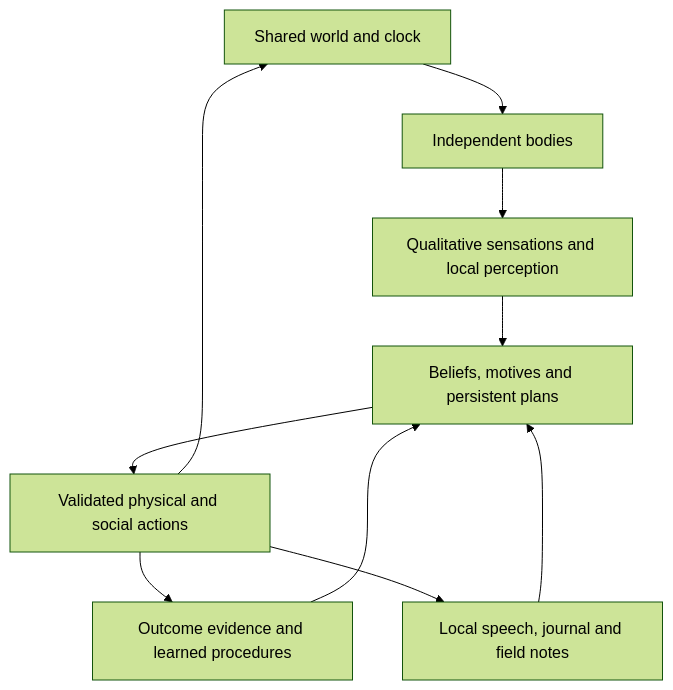
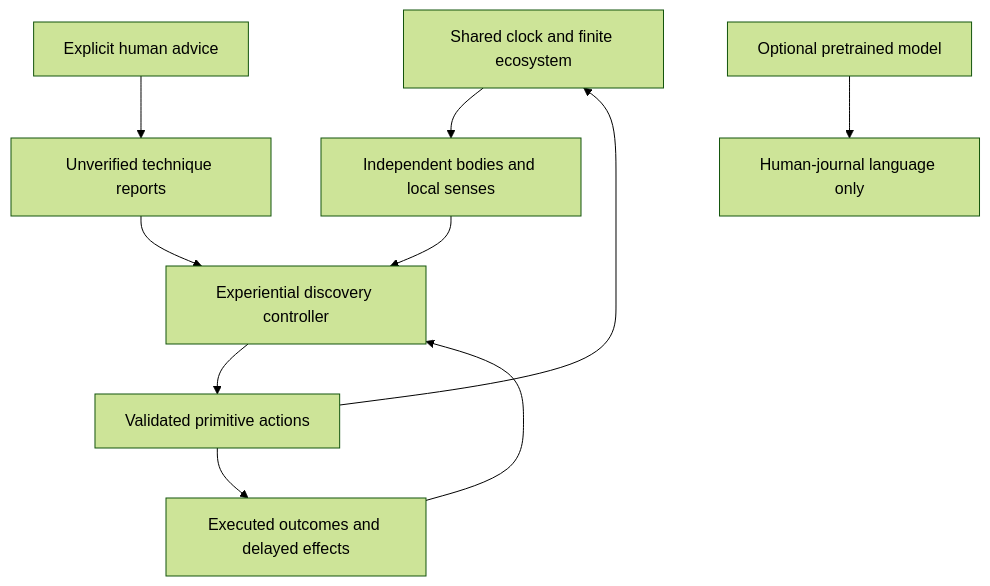
One commit to kumori-i/aincrad changed the diagram in docs/architecture.md. Above: the diagram before and after it, drawn with Mermaid (forest theme). The commit also changed other lines of this file and 57 other files, not shown here.

````diff
--- a/docs/architecture.md
+++ b/docs/architecture.md
@@ -7,12 +7,12 @@
 ```mermaid
 flowchart TD
-    W["Shared world and clock"] --> B["Independent bodies"]
-    B --> O["Qualitative sensations and local perception"]
-    O --> C["Beliefs, motives and persistent plans"]
-    C --> A["Validated physical and social actions"]
+    W["Shared clock and finite ecosystem"] --> B["Independent bodies and local senses"]
+    B --> C["Experiential discovery controller"]
+    C --> A["Validated primitive actions"]
     A --> W
-    A --> M["Outcome evidence and learned procedures"]
-    M --> C
-    A --> J["Local speech, journal and field notes"]
-    J --> C
+    A --> E["Executed outcomes and delayed effects"]
+    E --> C
+    H["Explicit human advice"] --> R["Unverified technique reports"]
+    R --> C
+    L["Optional pretrained model"] --> J["Human-journal language only"]
 ```
````
